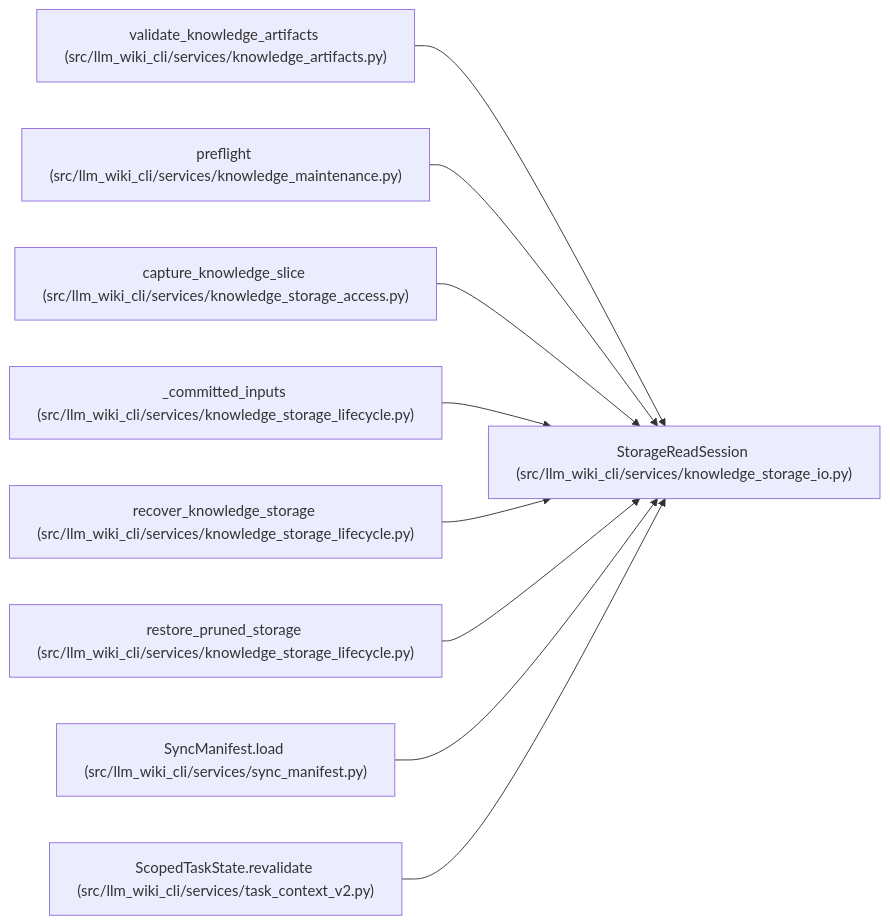
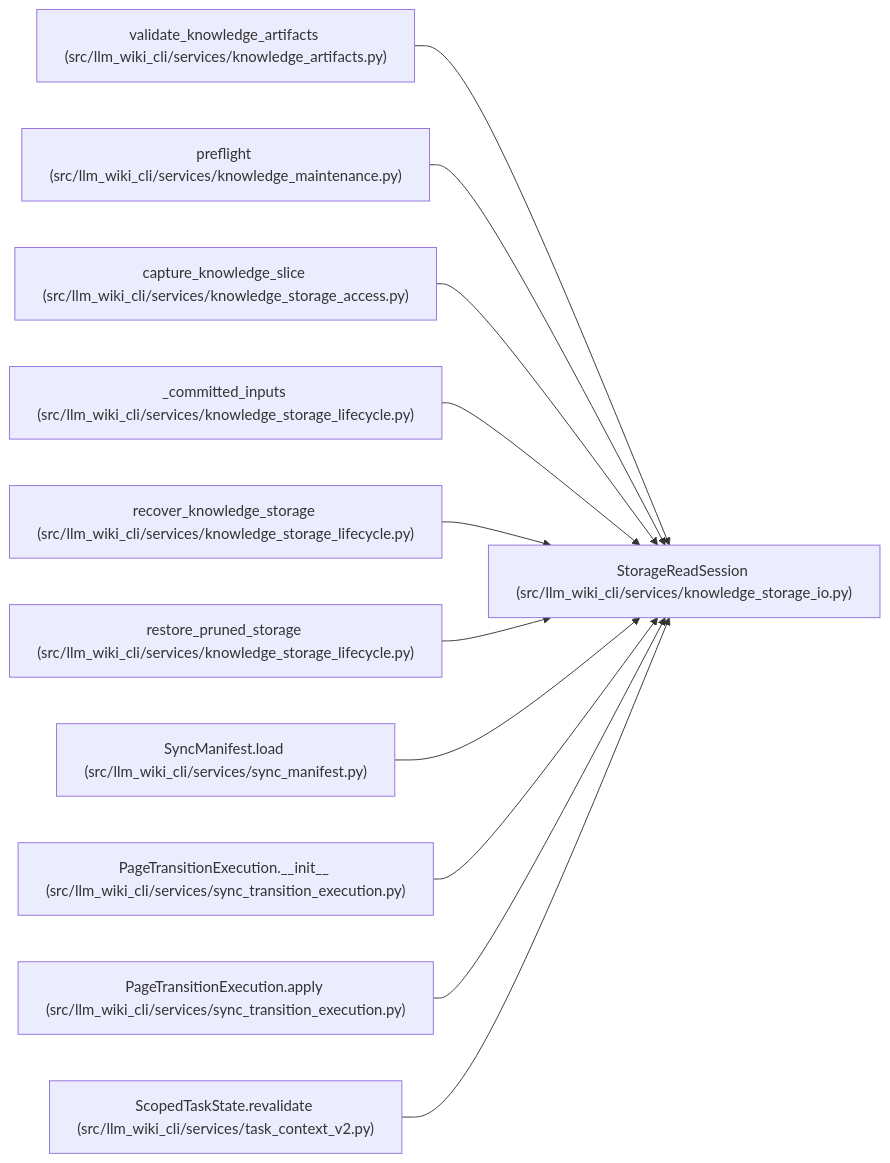
One commit to Denissvgn/python-wiki-llm changed the diagram in docs/llm_wiki/entities/StorageReadSession.md. Above: the diagram before and after it, drawn with Mermaid. The commit also changed other lines of this file and 258 other files, not shown here.

````diff
--- a/docs/llm_wiki/entities/StorageReadSession.md
+++ b/docs/llm_wiki/entities/StorageReadSession.md
@@ -34,29 +34,35 @@
 ```mermaid
 flowchart LR
     n0["StorageReadSession (src/llm_wiki_cli/services/knowledge_storage_io.py)"]
     n1["validate_knowledge_artifacts (src/llm_wiki_cli/services/knowledge_artifacts.py)"]
     n2["preflight (src/llm_wiki_cli/services/knowledge_maintenance.py)"]
     n3["capture_knowledge_slice (src/llm_wiki_cli/services/knowledge_storage_access.py)"]
     n4["_committed_inputs (src/llm_wiki_cli/services/knowledge_storage_lifecycle.py)"]
     n5["recover_knowledge_storage (src/llm_wiki_cli/services/knowledge_storage_lifecycle.py)"]
     n6["restore_pruned_storage (src/llm_wiki_cli/services/knowledge_storage_lifecycle.py)"]
     n7["SyncManifest.load (src/llm_wiki_cli/services/sync_manifest.py)"]
-    n8["ScopedTaskState.revalidate (src/llm_wiki_cli/services/task_context_v2.py)"]
+    n8["PageTransitionExecution.__init__ (src/llm_wiki_cli/services/sync_transition_execution.py)"]
+    n9["PageTransitionExecution.apply (src/llm_wiki_cli/services/sync_transition_execution.py)"]
+    n10["ScopedTaskState.revalidate (src/llm_wiki_cli/services/task_context_v2.py)"]
     n1 --> n0
     n2 --> n0
     n3 --> n0
     n4 --> n0
     n5 --> n0
     n6 --> n0
     n7 --> n0
     n8 --> n0
+    n9 --> n0
+    n10 --> n0
     click n0 "../modules/knowledge_storage_io.md"
     click n1 "../modules/knowledge_artifacts.md"
     click n2 "../modules/knowledge_maintenance.md"
     click n3 "../modules/knowledge_storage_access.md"
     click n4 "../modules/knowledge_storage_lifecycle.md"
     click n5 "../modules/knowledge_storage_lifecycle.md"
     click n6 "../modules/knowledge_storage_lifecycle.md"
     click n7 "../modules/sync_manifest.md"
-    click n8 "../modules/task_context_v2.md"
+    click n8 "../modules/sync_transition_execution.md"
+    click n9 "../modules/sync_transition_execution.md"
+    click n10 "../modules/task_context_v2.md"
 ```
````
